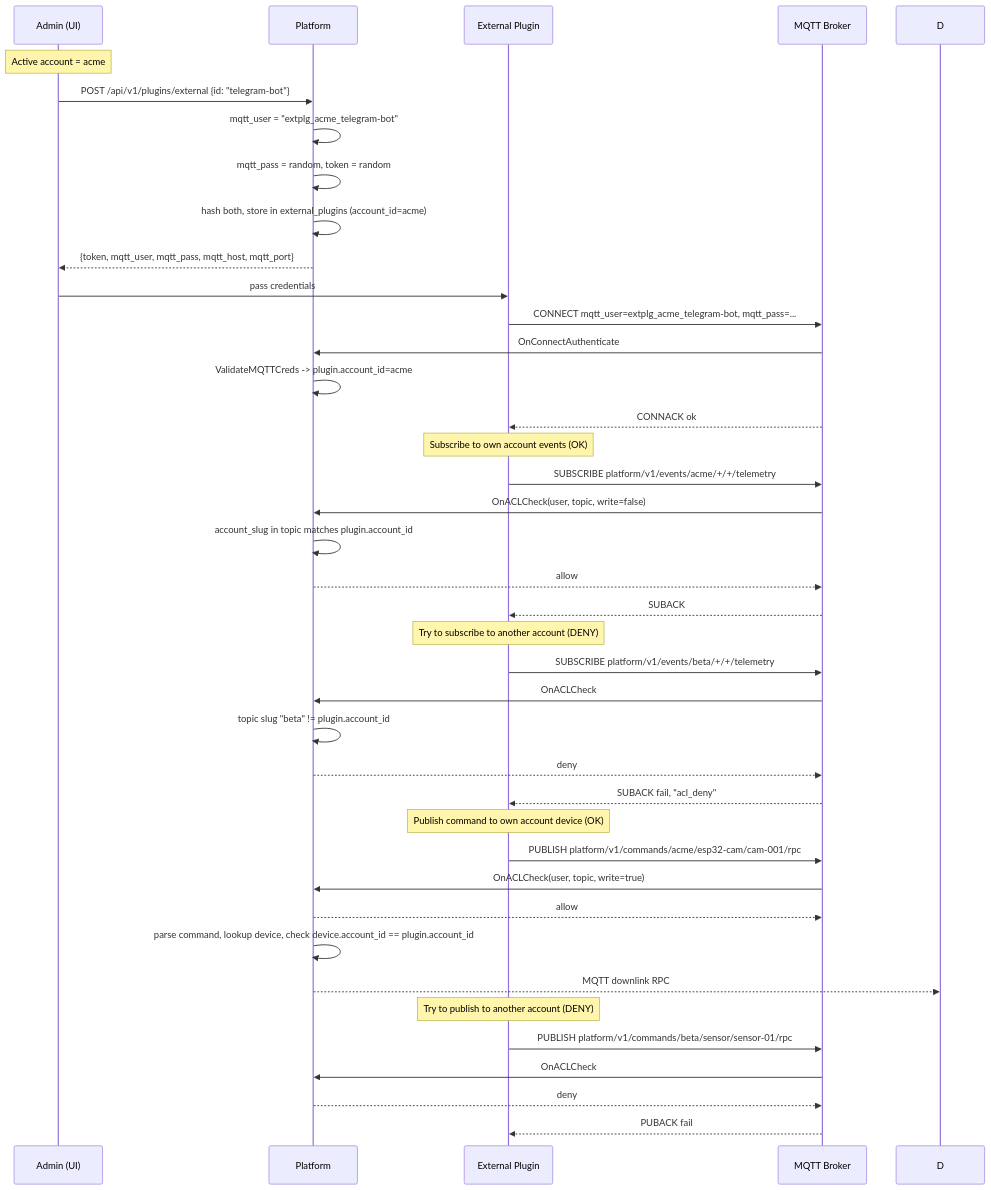
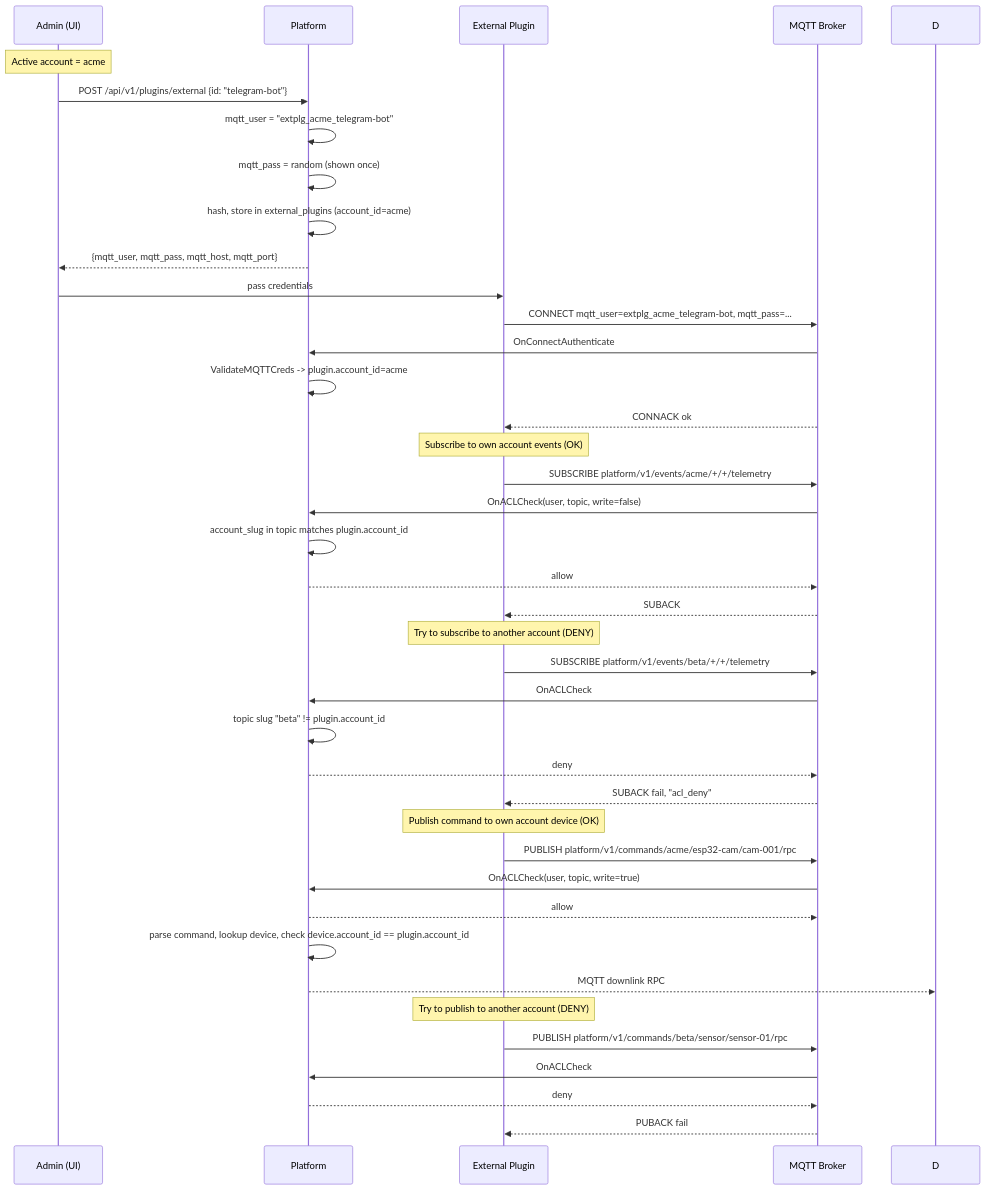
Diagram 12 of 14 in docs/en/14-diagrams.md (darvik80/iot-platform-go), drawn with Mermaid before and after one commit. The commit also changed other lines of this file and 81 other files, not shown here.

````diff
--- a/docs/en/14-diagrams.md
+++ b/docs/en/14-diagrams.md
@@ -509,47 +526,47 @@
 ```mermaid
 sequenceDiagram
     participant Adm as Admin (UI)
     participant P as Platform
     participant Pl as External Plugin
     participant Br as MQTT Broker
 
     Note over Adm: Active account = acme
     Adm->>P: POST /api/v1/plugins/external {id: "telegram-bot"}
     P->>P: mqtt_user = "extplg_acme_telegram-bot"
-    P->>P: mqtt_pass = random, token = random
-    P->>P: hash both, store in external_plugins (account_id=acme)
-    P-->>Adm: {token, mqtt_user, mqtt_pass, mqtt_host, mqtt_port}
+    P->>P: mqtt_pass = random (shown once)
+    P->>P: hash, store in external_plugins (account_id=acme)
+    P-->>Adm: {mqtt_user, mqtt_pass, mqtt_host, mqtt_port}
     Adm->>Pl: pass credentials
 
     Pl->>Br: CONNECT mqtt_user=extplg_acme_telegram-bot, mqtt_pass=...
     Br->>P: OnConnectAuthenticate
     P->>P: ValidateMQTTCreds -> plugin.account_id=acme
     Br-->>Pl: CONNACK ok
 
     Note over Pl: Subscribe to own account events (OK)
     Pl->>Br: SUBSCRIBE platform/v1/events/acme/+/+/telemetry
     Br->>P: OnACLCheck(user, topic, write=false)
     P->>P: account_slug in topic matches plugin.account_id
     P-->>Br: allow
     Br-->>Pl: SUBACK
 
     Note over Pl: Try to subscribe to another account (DENY)
     Pl->>Br: SUBSCRIBE platform/v1/events/beta/+/+/telemetry
     Br->>P: OnACLCheck
     P->>P: topic slug "beta" != plugin.account_id
     P-->>Br: deny
     Br-->>Pl: SUBACK fail, "acl_deny"
 
     Note over Pl: Publish command to own account device (OK)
     Pl->>Br: PUBLISH platform/v1/commands/acme/esp32-cam/cam-001/rpc
     Br->>P: OnACLCheck(user, topic, write=true)
     P-->>Br: allow
     P->>P: parse command, lookup device, check device.account_id == plugin.account_id
     P-->>D: MQTT downlink RPC
 
     Note over Pl: Try to publish to another account (DENY)
     Pl->>Br: PUBLISH platform/v1/commands/beta/sensor/sensor-01/rpc
     Br->>P: OnACLCheck
     P-->>Br: deny
     Br-->>Pl: PUBACK fail
 ```
````
